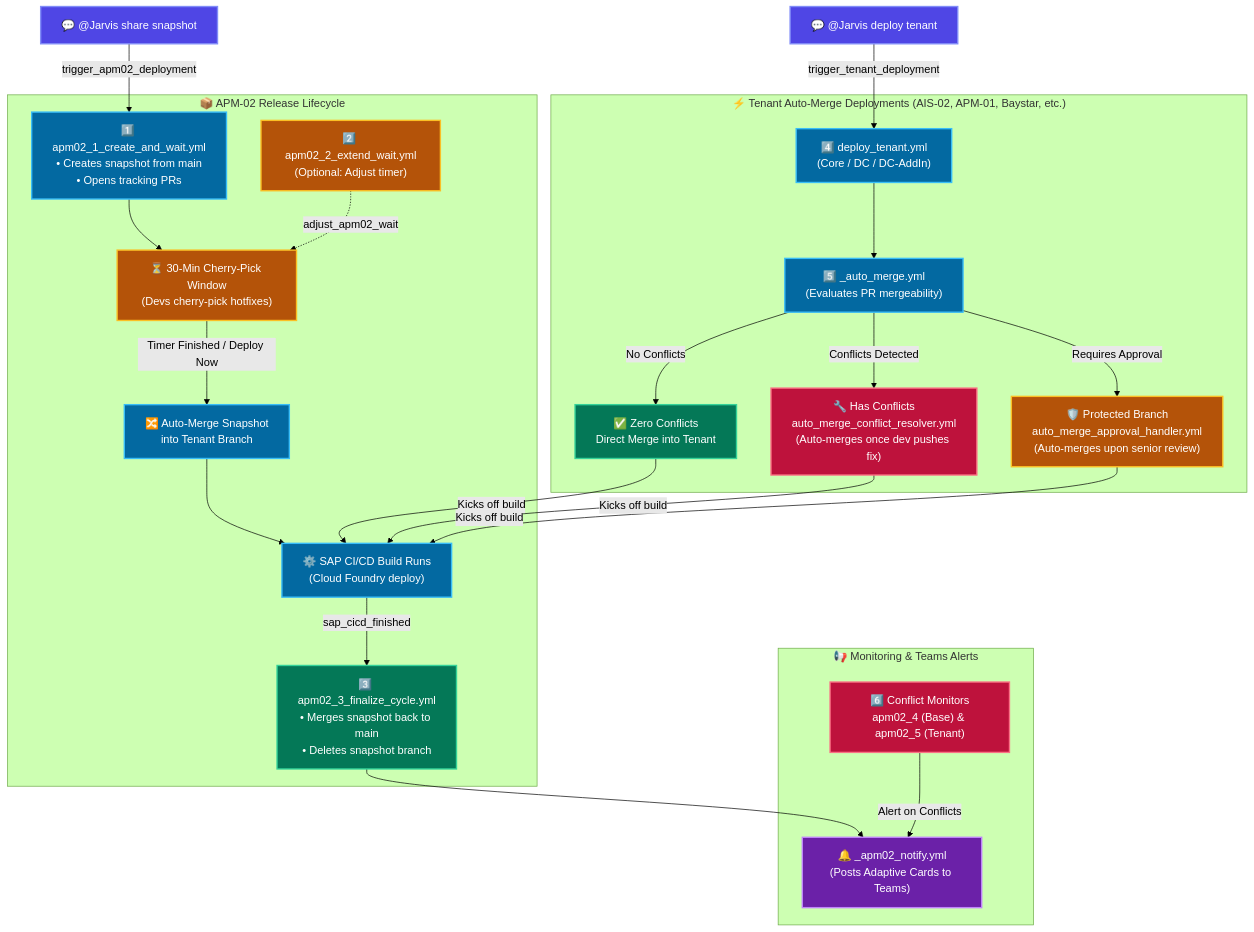
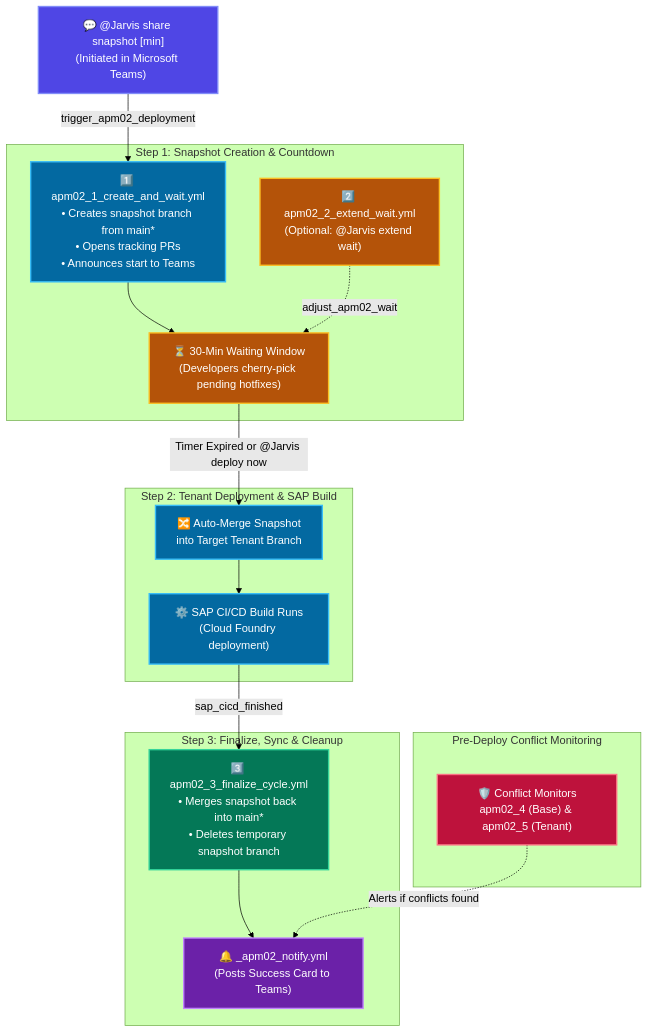
One commit to Daxesh-Asint/GitHub-Actions-Trial-2 changed the first of 2 diagrams in docs/WORKFLOW_INVENTORY_DOCUMENT.md. Above: the diagram before and after it, drawn with Mermaid (forest theme). The commit also changed other lines of this file and 1 other file, not shown here.

Commit message:
docs: log Prompt 88 Data Conduit and dual diagram separation

````diff
--- a/docs/WORKFLOW_INVENTORY_DOCUMENT.md
+++ b/docs/WORKFLOW_INVENTORY_DOCUMENT.md
@@ -378,58 +380,40 @@
 ```mermaid
 flowchart TD
     classDef trigger fill:#4f46e5,stroke:#818cf8,stroke-width:2px,color:#fff;
     classDef process fill:#0369a1,stroke:#38bdf8,stroke-width:2px,color:#fff;
     classDef wait fill:#b45309,stroke:#fbbf24,stroke-width:2px,color:#fff;
     classDef success fill:#047857,stroke:#34d399,stroke-width:2px,color:#fff;
     classDef notify fill:#6b21a8,stroke:#c084fc,stroke-width:2px,color:#fff;
     classDef monitor fill:#be123c,stroke:#fb7185,stroke-width:2px,color:#fff;
 
-    %% 1. TRIGGERS
-    Cmd1["💬 @Jarvis share snapshot"]:::trigger
-    Cmd2["💬 @Jarvis deploy tenant"]:::trigger
+    Start["💬 @Jarvis share snapshot [min]<br/>(Initiated in Microsoft Teams)"]:::trigger
 
-    %% 2. APM-02 PIPELINE
-    subgraph FlowA["📦 APM-02 Release Lifecycle"]
-        W1["1️⃣ apm02_1_create_and_wait.yml<br/>• Creates snapshot from main<br/>• Opens tracking PRs"]:::process
-        WWait["⏳ 30-Min Cherry-Pick Window<br/>(Devs cherry-pick hotfixes)"]:::wait
-        W2["2️⃣ apm02_2_extend_wait.yml<br/>(Optional: Adjust timer)"]:::wait
-        WMergeT["🔀 Auto-Merge Snapshot<br/>into Tenant Branch"]:::process
-        WSAP["⚙️ SAP CI/CD Build Runs<br/>(Cloud Foundry deploy)"]:::process
-        W3["3️⃣ apm02_3_finalize_cycle.yml<br/>• Merges snapshot back to main<br/>• Deletes snapshot branch"]:::success
+    subgraph Step1["Step 1: Snapshot Creation & Countdown"]
+        W1["1️⃣ apm02_1_create_and_wait.yml<br/>• Creates snapshot branch from main*<br/>• Opens tracking PRs<br/>• Announces start to Teams"]:::process
+        WaitWin["⏳ 30-Min Waiting Window<br/>(Developers cherry-pick pending hotfixes)"]:::wait
+        W2["2️⃣ apm02_2_extend_wait.yml<br/>(Optional: @Jarvis extend wait)"]:::wait
     end
 
-    %% 3. TENANT AUTO-MERGE PIPELINE
-    subgraph FlowB["⚡ Tenant Auto-Merge Deployments (AIS-02, APM-01, Baystar, etc.)"]
-        WCall["4️⃣ deploy_tenant.yml<br/>(Core / DC / DC-AddIn)"]:::process
-        WAuto["5️⃣ _auto_merge.yml<br/>(Evaluates PR mergeability)"]:::process
-        WClean["✅ Zero Conflicts<br/>Direct Merge into Tenant"]:::success
-        WResolve["🔧 Has Conflicts<br/>auto_merge_conflict_resolver.yml<br/>(Auto-merges once dev pushes fix)"]:::monitor
-        WApprove["🛡️ Protected Branch<br/>auto_merge_approval_handler.yml<br/>(Auto-merges upon senior review)"]:::wait
+    subgraph Step2["Step 2: Tenant Deployment & SAP Build"]
+        MergeT["🔀 Auto-Merge Snapshot<br/>into Target Tenant Branch"]:::process
+        SAP["⚙️ SAP CI/CD Build Runs<br/>(Cloud Foundry deployment)"]:::process
     end
 
-    %% 4. MONITORS & ALERTS
-    subgraph FlowC["📢 Monitoring & Teams Alerts"]
-        WMon["6️⃣ Conflict Monitors<br/>apm02_4 (Base) & apm02_5 (Tenant)"]:::monitor
-        WNotif["🔔 _apm02_notify.yml<br/>(Posts Adaptive Cards to Teams)"]:::notify
+    subgraph Step3["Step 3: Finalize, Sync & Cleanup"]
+        W3["3️⃣ apm02_3_finalize_cycle.yml<br/>• Merges snapshot back into main*<br/>• Deletes temporary snapshot branch"]:::success
+        Alert["🔔 _apm02_notify.yml<br/>(Posts Success Card to Teams)"]:::notify
     end
 
-    %% CONNECTORS (APM-02)
-    Cmd1 -->|"trigger_apm02_deployment"| W1
-    W1 --> WWait
-    W2 -.->|"adjust_apm02_wait"| WWait
-    WWait -->|"Timer Finished / Deploy Now"| WMergeT
-    WMergeT --> WSAP
-    WSAP -->|"sap_cicd_finished"| W3
-    W3 --> WNotif
+    subgraph Guard["Pre-Deploy Conflict Monitoring"]
+        Mon["🛡️ Conflict Monitors<br/>apm02_4 (Base) & apm02_5 (Tenant)"]:::monitor
+    end
 
-    %% CONNECTORS (Tenant Auto-Merge)
-    Cmd2 -->|"trigger_tenant_deployment"| WCall
-    WCall --> WAuto
-    WAuto -->|"No Conflicts"| WClean
-    WAuto -->|"Conflicts Detected"| WResolve
-    WAuto -->|"Requires Approval"| WApprove
-    WClean & WResolve & WApprove -->|"Kicks off build"| WSAP
-
-    %% CONNECTORS (Monitors)
-    WMon -->|"Alert on Conflicts"| WNotif
+    Start -->|"trigger_apm02_deployment"| W1
+    W1 --> WaitWin
+    W2 -.->|"adjust_apm02_wait"| WaitWin
+    WaitWin -->|"Timer Expired or @Jarvis deploy now"| MergeT
+    MergeT --> SAP
+    SAP -->|"sap_cicd_finished"| W3
+    W3 --> Alert
+    Mon -.->|"Alerts if conflicts found"| Alert
 ```
````
